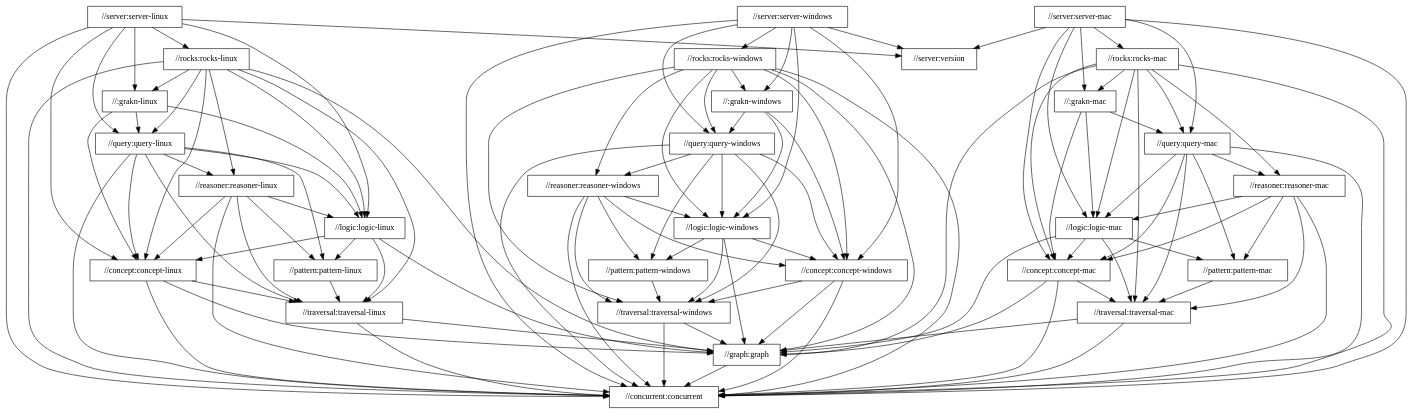
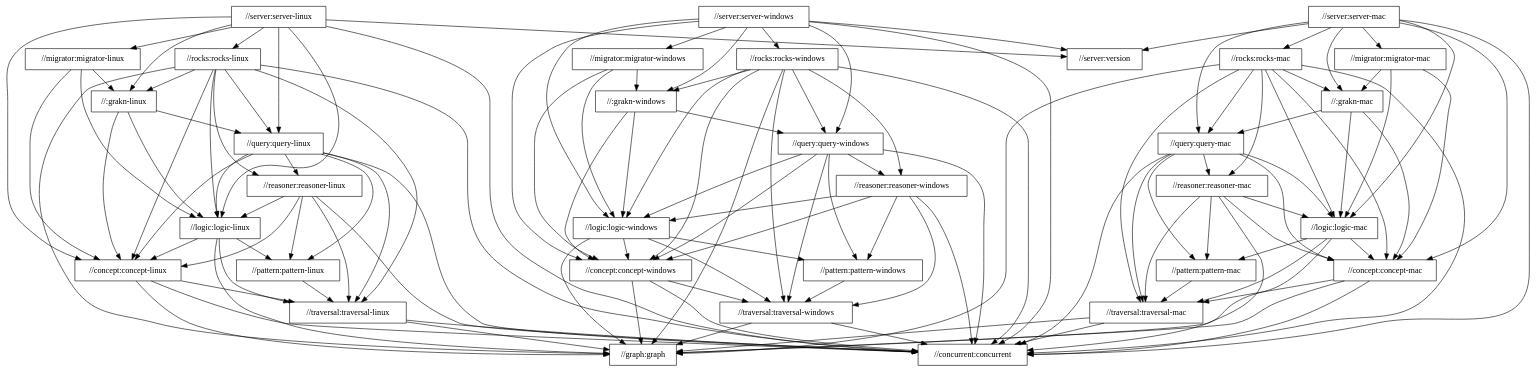
The diagram in docs/package-structure.dot (typedb/typedb), drawn with Graphviz before and after one commit. The commit also changed 1 other file, not shown here.

Commit message:
Update package structure diagram documentation

```diff
--- a/docs/package-structure.dot
+++ b/docs/package-structure.dot
@@ -1,151 +1,165 @@
 digraph mygraph {
   node [shape=box];
+  "//server:server-mac"
+  "//server:server-mac" -> "//:grakn-mac"
+  "//server:server-mac" -> "//server:version"
+  "//server:server-mac" -> "//concept:concept-mac"
+  "//server:server-mac" -> "//concurrent:concurrent"
+  "//server:server-mac" -> "//logic:logic-mac"
+  "//server:server-mac" -> "//migrator:migrator-mac"
+  "//server:server-mac" -> "//query:query-mac"
+  "//server:server-mac" -> "//rocks:rocks-mac"
+  "//migrator:migrator-mac"
+  "//migrator:migrator-mac" -> "//:grakn-mac"
+  "//migrator:migrator-mac" -> "//concept:concept-mac"
+  "//migrator:migrator-mac" -> "//logic:logic-mac"
+  "//rocks:rocks-mac"
+  "//rocks:rocks-mac" -> "//:grakn-mac"
+  "//rocks:rocks-mac" -> "//traversal:traversal-mac"
+  "//rocks:rocks-mac" -> "//concept:concept-mac"
+  "//rocks:rocks-mac" -> "//concurrent:concurrent"
+  "//rocks:rocks-mac" -> "//graph:graph"
+  "//rocks:rocks-mac" -> "//logic:logic-mac"
+  "//rocks:rocks-mac" -> "//query:query-mac"
+  "//rocks:rocks-mac" -> "//reasoner:reasoner-mac"
   "//server:server-linux"
   "//server:server-linux" -> "//:grakn-linux"
   "//server:server-linux" -> "//server:version"
   "//server:server-linux" -> "//concept:concept-linux"
   "//server:server-linux" -> "//concurrent:concurrent"
   "//server:server-linux" -> "//logic:logic-linux"
+  "//server:server-linux" -> "//migrator:migrator-linux"
   "//server:server-linux" -> "//query:query-linux"
   "//server:server-linux" -> "//rocks:rocks-linux"
+  "//:grakn-mac"
+  "//:grakn-mac" -> "//concept:concept-mac"
+  "//:grakn-mac" -> "//logic:logic-mac"
+  "//:grakn-mac" -> "//query:query-mac"
+  "//query:query-mac"
+  "//query:query-mac" -> "//traversal:traversal-mac"
+  "//query:query-mac" -> "//concept:concept-mac"
+  "//query:query-mac" -> "//concurrent:concurrent"
+  "//query:query-mac" -> "//logic:logic-mac"
+  "//query:query-mac" -> "//pattern:pattern-mac"
+  "//query:query-mac" -> "//reasoner:reasoner-mac"
+  "//rocks:rocks-linux"
+  "//rocks:rocks-linux" -> "//:grakn-linux"
+  "//rocks:rocks-linux" -> "//traversal:traversal-linux"
+  "//rocks:rocks-linux" -> "//concept:concept-linux"
+  "//rocks:rocks-linux" -> "//concurrent:concurrent"
+  "//rocks:rocks-linux" -> "//graph:graph"
+  "//rocks:rocks-linux" -> "//logic:logic-linux"
+  "//rocks:rocks-linux" -> "//query:query-linux"
+  "//rocks:rocks-linux" -> "//reasoner:reasoner-linux"
+  "//migrator:migrator-linux"
+  "//migrator:migrator-linux" -> "//:grakn-linux"
+  "//migrator:migrator-linux" -> "//concept:concept-linux"
+  "//migrator:migrator-linux" -> "//logic:logic-linux"
+  "//:grakn-linux"
+  "//:grakn-linux" -> "//concept:concept-linux"
+  "//:grakn-linux" -> "//logic:logic-linux"
+  "//:grakn-linux" -> "//query:query-linux"
+  "//query:query-linux"
+  "//query:query-linux" -> "//traversal:traversal-linux"
+  "//query:query-linux" -> "//concept:concept-linux"
+  "//query:query-linux" -> "//concurrent:concurrent"
+  "//query:query-linux" -> "//logic:logic-linux"
+  "//query:query-linux" -> "//pattern:pattern-linux"
+  "//query:query-linux" -> "//reasoner:reasoner-linux"
+  "//reasoner:reasoner-linux"
+  "//reasoner:reasoner-linux" -> "//concept:concept-linux"
+  "//reasoner:reasoner-linux" -> "//concurrent:concurrent"
+  "//reasoner:reasoner-linux" -> "//logic:logic-linux"
+  "//reasoner:reasoner-linux" -> "//pattern:pattern-linux"
+  "//reasoner:reasoner-linux" -> "//traversal:traversal-linux"
+  "//logic:logic-linux"
+  "//logic:logic-linux" -> "//concept:concept-linux"
+  "//logic:logic-linux" -> "//graph:graph"
+  "//logic:logic-linux" -> "//pattern:pattern-linux"
+  "//logic:logic-linux" -> "//traversal:traversal-linux"
+  "//pattern:pattern-linux"
+  "//pattern:pattern-linux" -> "//traversal:traversal-linux"
+  "//concept:concept-linux"
+  "//concept:concept-linux" -> "//concurrent:concurrent"
+  "//concept:concept-linux" -> "//graph:graph"
+  "//concept:concept-linux" -> "//traversal:traversal-linux"
+  "//traversal:traversal-linux"
+  "//traversal:traversal-linux" -> "//concurrent:concurrent"
+  "//traversal:traversal-linux" -> "//graph:graph"
   "//server:server-windows"
   "//server:server-windows" -> "//:grakn-windows"
   "//server:server-windows" -> "//server:version"
   "//server:server-windows" -> "//concept:concept-windows"
   "//server:server-windows" -> "//concurrent:concurrent"
   "//server:server-windows" -> "//logic:logic-windows"
+  "//server:server-windows" -> "//migrator:migrator-windows"
   "//server:server-windows" -> "//query:query-windows"
   "//server:server-windows" -> "//rocks:rocks-windows"
   "//rocks:rocks-windows"
   "//rocks:rocks-windows" -> "//:grakn-windows"
   "//rocks:rocks-windows" -> "//traversal:traversal-windows"
   "//rocks:rocks-windows" -> "//concept:concept-windows"
   "//rocks:rocks-windows" -> "//concurrent:concurrent"
   "//rocks:rocks-windows" -> "//graph:graph"
   "//rocks:rocks-windows" -> "//logic:logic-windows"
   "//rocks:rocks-windows" -> "//query:query-windows"
   "//rocks:rocks-windows" -> "//reasoner:reasoner-windows"
-  "//server:server-mac"
-  "//server:server-mac" -> "//:grakn-mac"
-  "//server:server-mac" -> "//server:version"
-  "//server:server-mac" -> "//concept:concept-mac"
-  "//server:server-mac" -> "//concurrent:concurrent"
-  "//server:server-mac" -> "//logic:logic-mac"
-  "//server:server-mac" -> "//query:query-mac"
-  "//server:server-mac" -> "//rocks:rocks-mac"
-  "//rocks:rocks-mac"
-  "//rocks:rocks-mac" -> "//:grakn-mac"
-  "//rocks:rocks-mac" -> "//traversal:traversal-mac"
-  "//rocks:rocks-mac" -> "//concept:concept-mac"
-  "//rocks:rocks-mac" -> "//concurrent:concurrent"
-  "//rocks:rocks-mac" -> "//graph:graph"
-  "//rocks:rocks-mac" -> "//logic:logic-mac"
-  "//rocks:rocks-mac" -> "//query:query-mac"
-  "//rocks:rocks-mac" -> "//reasoner:reasoner-mac"
-  "//server:version"
+  "//migrator:migrator-windows"
+  "//migrator:migrator-windows" -> "//:grakn-windows"
+  "//migrator:migrator-windows" -> "//concept:concept-windows"
+  "//migrator:migrator-windows" -> "//logic:logic-windows"
   "//:grakn-windows"
   "//:grakn-windows" -> "//concept:concept-windows"
   "//:grakn-windows" -> "//logic:logic-windows"
   "//:grakn-windows" -> "//query:query-windows"
   "//query:query-windows"
   "//query:query-windows" -> "//traversal:traversal-windows"
   "//query:query-windows" -> "//concept:concept-windows"
   "//query:query-windows" -> "//concurrent:concurrent"
   "//query:query-windows" -> "//logic:logic-windows"
   "//query:query-windows" -> "//pattern:pattern-windows"
   "//query:query-windows" -> "//reasoner:reasoner-windows"
   "//reasoner:reasoner-windows"
   "//reasoner:reasoner-windows" -> "//concept:concept-windows"
   "//reasoner:reasoner-windows" -> "//concurrent:concurrent"
   "//reasoner:reasoner-windows" -> "//logic:logic-windows"
   "//reasoner:reasoner-windows" -> "//pattern:pattern-windows"
   "//reasoner:reasoner-windows" -> "//traversal:traversal-windows"
   "//logic:logic-windows"
   "//logic:logic-windows" -> "//concept:concept-windows"
   "//logic:logic-windows" -> "//graph:graph"
   "//logic:logic-windows" -> "//pattern:pattern-windows"
   "//logic:logic-windows" -> "//traversal:traversal-windows"
   "//pattern:pattern-windows"
   "//pattern:pattern-windows" -> "//traversal:traversal-windows"
   "//concept:concept-windows"
   "//concept:concept-windows" -> "//concurrent:concurrent"
   "//concept:concept-windows" -> "//graph:graph"
   "//concept:concept-windows" -> "//traversal:traversal-windows"
-  "//rocks:rocks-linux"
-  "//rocks:rocks-linux" -> "//:grakn-linux"
-  "//rocks:rocks-linux" -> "//traversal:traversal-linux"
-  "//rocks:rocks-linux" -> "//concept:concept-linux"
-  "//rocks:rocks-linux" -> "//concurrent:concurrent"
-  "//rocks:rocks-linux" -> "//graph:graph"
-  "//rocks:rocks-linux" -> "//logic:logic-linux"
-  "//rocks:rocks-linux" -> "//query:query-linux"
-  "//rocks:rocks-linux" -> "//reasoner:reasoner-linux"
-  "//:grakn-linux"
-  "//:grakn-linux" -> "//concept:concept-linux"
-  "//:grakn-linux" -> "//logic:logic-linux"
-  "//:grakn-linux" -> "//query:query-linux"
-  "//query:query-linux"
-  "//query:query-linux" -> "//traversal:traversal-linux"
-  "//query:query-linux" -> "//concept:concept-linux"
-  "//query:query-linux" -> "//concurrent:concurrent"
-  "//query:query-linux" -> "//logic:logic-linux"
-  "//query:query-linux" -> "//pattern:pattern-linux"
-  "//query:query-linux" -> "//reasoner:reasoner-linux"
-  "//reasoner:reasoner-linux"
-  "//reasoner:reasoner-linux" -> "//concept:concept-linux"
-  "//reasoner:reasoner-linux" -> "//concurrent:concurrent"
-  "//reasoner:reasoner-linux" -> "//logic:logic-linux"
-  "//reasoner:reasoner-linux" -> "//pattern:pattern-linux"
-  "//reasoner:reasoner-linux" -> "//traversal:traversal-linux"
-  "//logic:logic-linux"
-  "//logic:logic-linux" -> "//concept:concept-linux"
-  "//logic:logic-linux" -> "//graph:graph"
-  "//logic:logic-linux" -> "//pattern:pattern-linux"
-  "//logic:logic-linux" -> "//traversal:traversal-linux"
-  "//pattern:pattern-linux"
-  "//pattern:pattern-linux" -> "//traversal:traversal-linux"
-  "//concept:concept-linux"
-  "//concept:concept-linux" -> "//concurrent:concurrent"
-  "//concept:concept-linux" -> "//graph:graph"
-  "//concept:concept-linux" -> "//traversal:traversal-linux"
-  "//:grakn-mac"
-  "//:grakn-mac" -> "//concept:concept-mac"
-  "//:grakn-mac" -> "//logic:logic-mac"
-  "//:grakn-mac" -> "//query:query-mac"
-  "//query:query-mac"
-  "//query:query-mac" -> "//traversal:traversal-mac"
-  "//query:query-mac" -> "//concept:concept-mac"
-  "//query:query-mac" -> "//concurrent:concurrent"
-  "//query:query-mac" -> "//logic:logic-mac"
-  "//query:query-mac" -> "//pattern:pattern-mac"
-  "//query:query-mac" -> "//reasoner:reasoner-mac"
+  "//traversal:traversal-windows"
+  "//traversal:traversal-windows" -> "//concurrent:concurrent"
+  "//traversal:traversal-windows" -> "//graph:graph"
   "//reasoner:reasoner-mac"
   "//reasoner:reasoner-mac" -> "//concept:concept-mac"
   "//reasoner:reasoner-mac" -> "//concurrent:concurrent"
   "//reasoner:reasoner-mac" -> "//logic:logic-mac"
   "//reasoner:reasoner-mac" -> "//pattern:pattern-mac"
   "//reasoner:reasoner-mac" -> "//traversal:traversal-mac"
   "//logic:logic-mac"
   "//logic:logic-mac" -> "//concept:concept-mac"
   "//logic:logic-mac" -> "//graph:graph"
   "//logic:logic-mac" -> "//pattern:pattern-mac"
   "//logic:logic-mac" -> "//traversal:traversal-mac"
   "//pattern:pattern-mac"
   "//pattern:pattern-mac" -> "//traversal:traversal-mac"
-  "//traversal:traversal-windows"
-  "//traversal:traversal-windows" -> "//concurrent:concurrent"
-  "//traversal:traversal-windows" -> "//graph:graph"
   "//concept:concept-mac"
   "//concept:concept-mac" -> "//concurrent:concurrent"
   "//concept:concept-mac" -> "//graph:graph"
   "//concept:concept-mac" -> "//traversal:traversal-mac"
   "//traversal:traversal-mac"
   "//traversal:traversal-mac" -> "//concurrent:concurrent"
   "//traversal:traversal-mac" -> "//graph:graph"
-  "//traversal:traversal-linux"
-  "//traversal:traversal-linux" -> "//concurrent:concurrent"
-  "//traversal:traversal-linux" -> "//graph:graph"
   "//graph:graph"
-  "//graph:graph" -> "//concurrent:concurrent"
   "//concurrent:concurrent"
+  "//server:version"
 }
```
